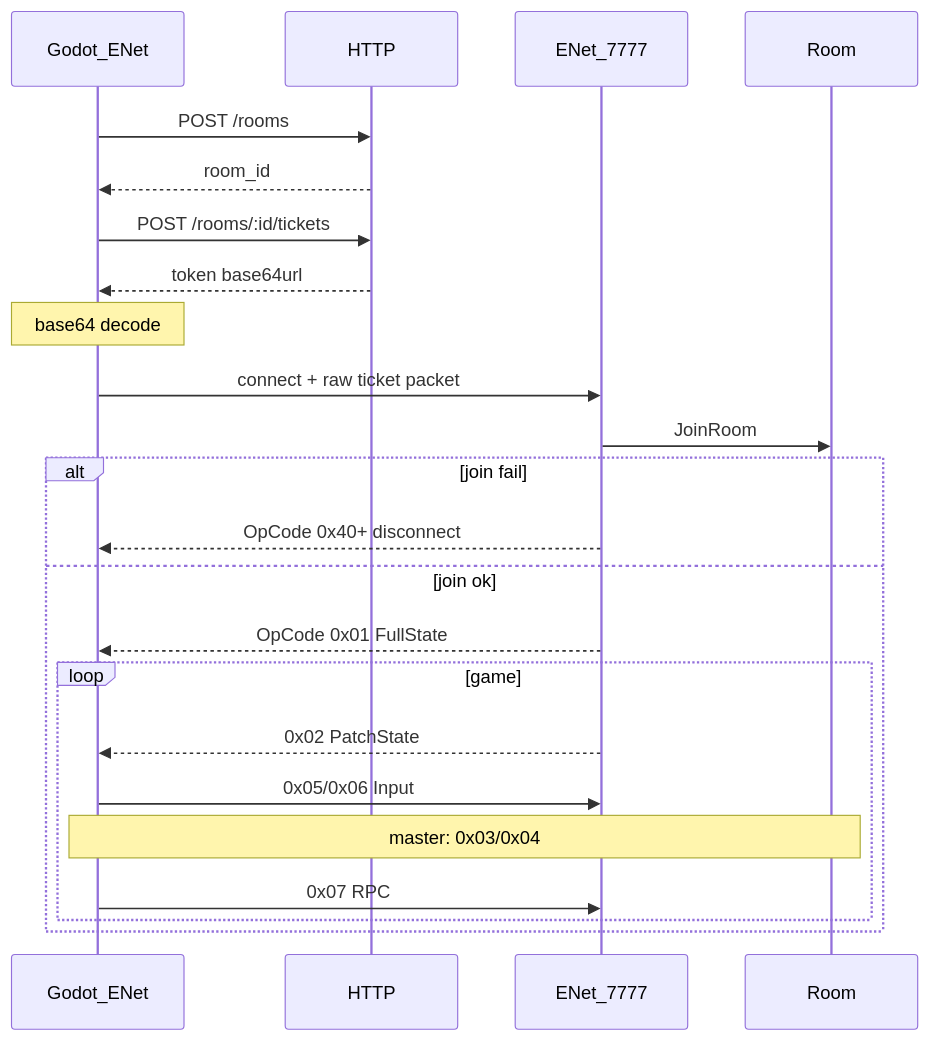
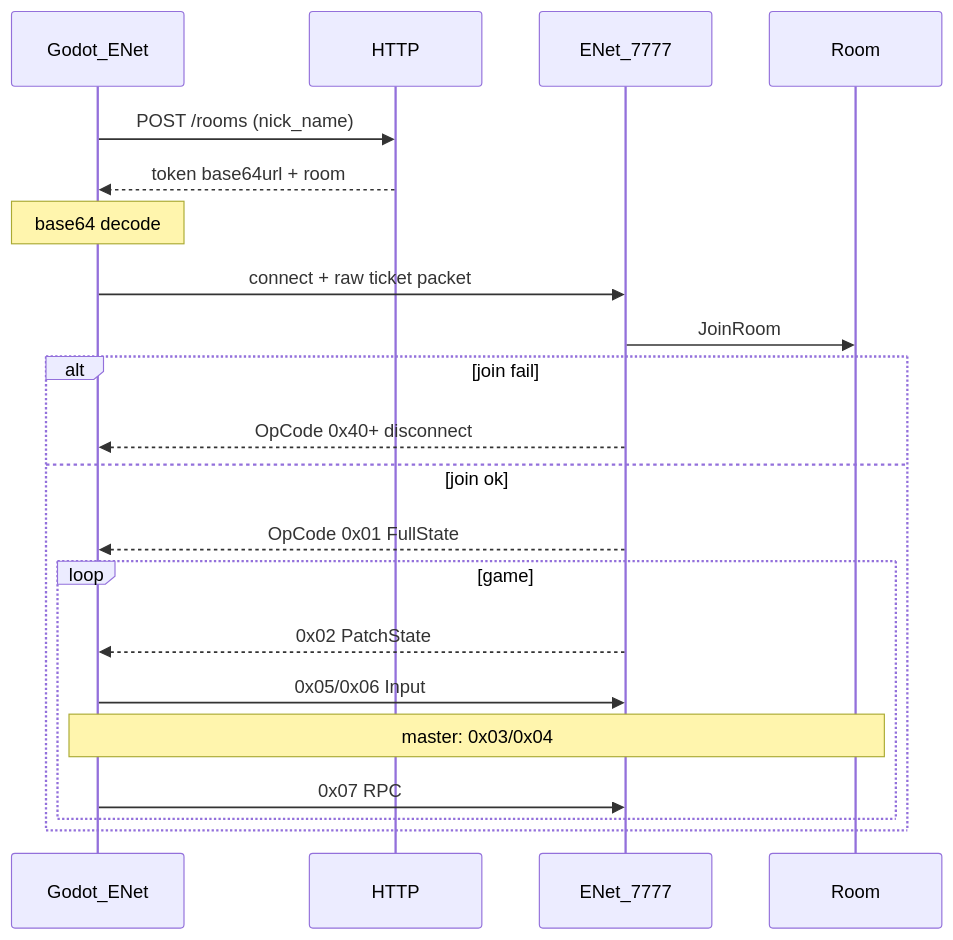
Before and after one commit to Sorrowful-free/z-core-frontier-rooms: the diagram in docs/client-protocol/README.md, drawn with Mermaid. The commit also changed other lines of this file and 11 other files, not shown here.

````diff
--- a/docs/client-protocol/README.md
+++ b/docs/client-protocol/README.md
@@ -21,26 +21,24 @@
 ```mermaid
 sequenceDiagram
   participant Client as Godot_ENet
   participant HTTP
   participant UDP as ENet_7777
   participant Room
 
-  Client->>HTTP: POST /rooms
-  HTTP-->>Client: room_id
-  Client->>HTTP: POST /rooms/:id/tickets
-  HTTP-->>Client: token base64url
+  Client->>HTTP: POST /rooms (nick_name)
+  HTTP-->>Client: token base64url + room
   Note over Client: base64 decode
   Client->>UDP: connect + raw ticket packet
   UDP->>Room: JoinRoom
   alt join fail
     UDP-->>Client: OpCode 0x40+ disconnect
   else join ok
     UDP-->>Client: OpCode 0x01 FullState
     loop game
       UDP-->>Client: 0x02 PatchState
       Client->>UDP: 0x05/0x06 Input
       Note over Client,Room: master: 0x03/0x04
       Client->>UDP: 0x07 RPC
     end
   end
 ```
````
